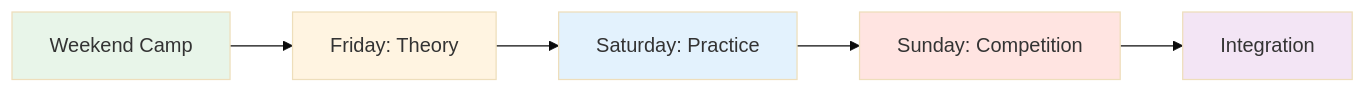
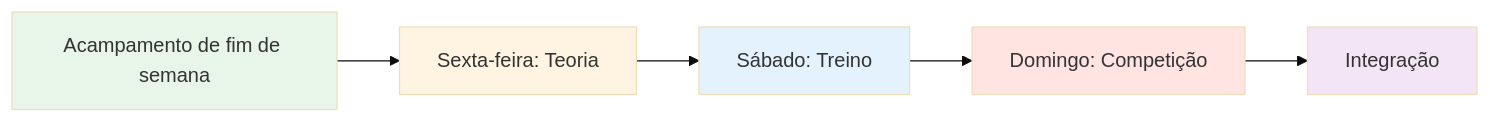
One commit to patwii/petanque-academy changed the first of 2 diagrams in docs/pt/guides/training-camp/index.md. Above: the diagram before and after it, drawn with Mermaid (base theme). The commit also changed other lines of this file and 550 other files, not shown here.

````diff
--- a/docs/pt/guides/training-camp/index.md
+++ b/docs/pt/guides/training-camp/index.md
@@ -36,13 +36,13 @@
 ```mermaid
 graph LR
-    A[Weekend Camp] --> B[Friday: Theory]
-    B --> C[Saturday: Practice]
-    C --> D[Sunday: Competition]
-    D --> E[Integration]
+    A[Acampamento de fim de semana] --> B[Sexta-feira: Teoria]
+    B --> C[Sábado: Treino]
+    C --> D[Domingo: Competição]
+    D --> E[Integração]
 
     style A fill:#e8f5e9
     style B fill:#fff4e1
     style C fill:#e3f2fd
     style D fill:#ffe4e1
     style E fill:#f3e5f5
 ```
````
